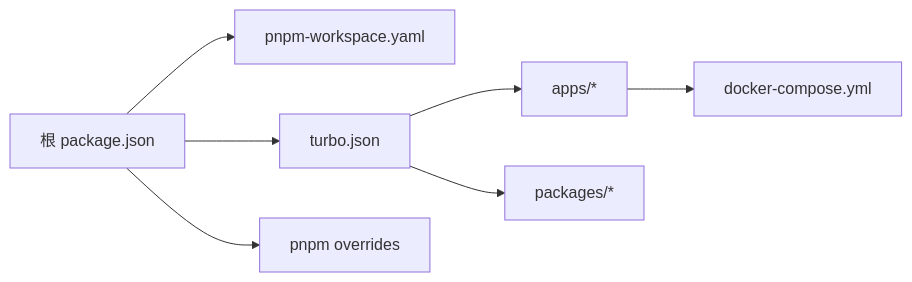
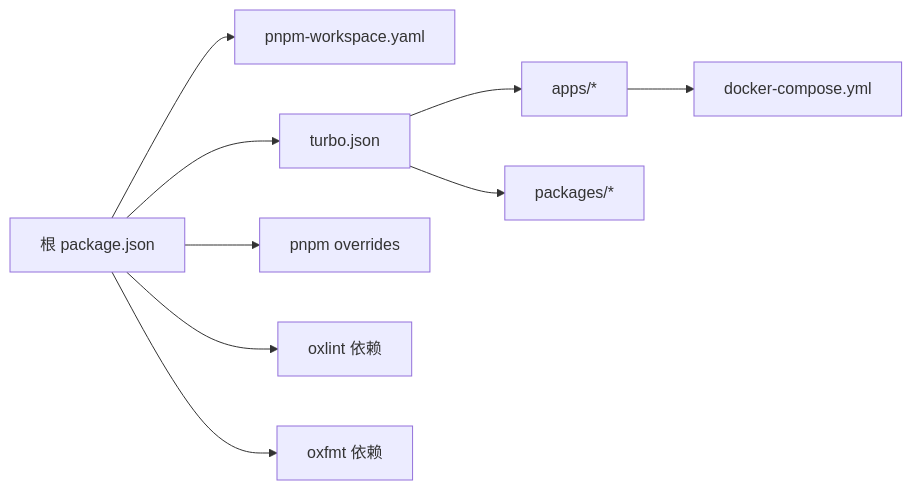
The seventh of 7 diagrams in .qoder/repowiki/zh/content/开发指南/开发指南.md (xixixiaoyu/Todo), drawn with Mermaid before and after one commit. The commit also changed other lines of this file and 6 other files, not shown here.

````diff
--- a/.qoder/repowiki/zh/content/开发指南/开发指南.md
+++ b/.qoder/repowiki/zh/content/开发指南/开发指南.md
@@ -349,9 +379,11 @@
 ```mermaid
 graph LR
 Root["根 package.json"] --> WS["pnpm-workspace.yaml"]
 Root --> Turbo["turbo.json"]
 Root --> Overrides["pnpm overrides"]
+Root --> Oxlint["oxlint 依赖"]
+Root --> Oxfmt["oxfmt 依赖"]
 Turbo --> Apps["apps/*"]
 Turbo --> Pkgs["packages/*"]
 Apps --> Docker["docker-compose.yml"]
 ```
````
